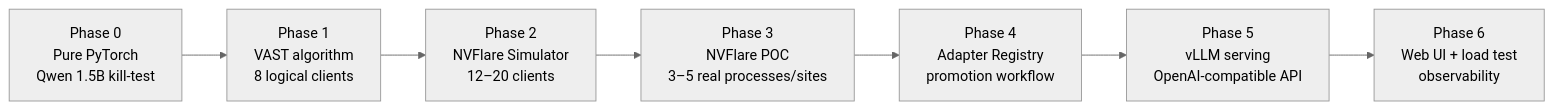
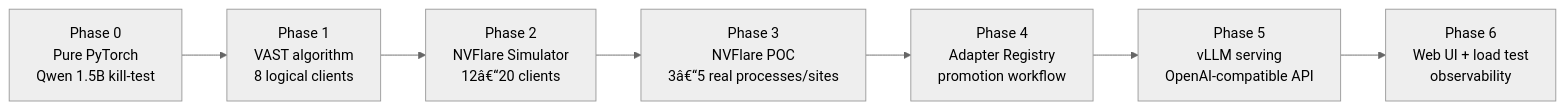
The seventh of 9 diagrams in VAST_LoRA_Research_Guide_12_Weeks.md (TrgPhan/VASTLoRA), drawn with Mermaid (neutral theme) before and after one commit. The commit also changed other lines of this file and 73 other files, not shown here.

````diff
--- a/VAST_LoRA_Research_Guide_12_Weeks.md
+++ b/VAST_LoRA_Research_Guide_12_Weeks.md
@@ -2364,10 +2364,10 @@
 ```mermaid
 flowchart LR
     P0["Phase 0<br/>Pure PyTorch<br/>Qwen 1.5B kill-test"] -->
     P1["Phase 1<br/>VAST algorithm<br/>8 logical clients"] -->
-    P2["Phase 2<br/>NVFlare Simulator<br/>12–20 clients"] -->
-    P3["Phase 3<br/>NVFlare POC<br/>3–5 real processes/sites"] -->
+    P2["Phase 2<br/>NVFlare Simulator<br/>12â€“20 clients"] -->
+    P3["Phase 3<br/>NVFlare POC<br/>3â€“5 real processes/sites"] -->
     P4["Phase 4<br/>Adapter Registry<br/>promotion workflow"] -->
     P5["Phase 5<br/>vLLM serving<br/>OpenAI-compatible API"] -->
     P6["Phase 6<br/>Web UI + load test<br/>observability"]
 ```
````
